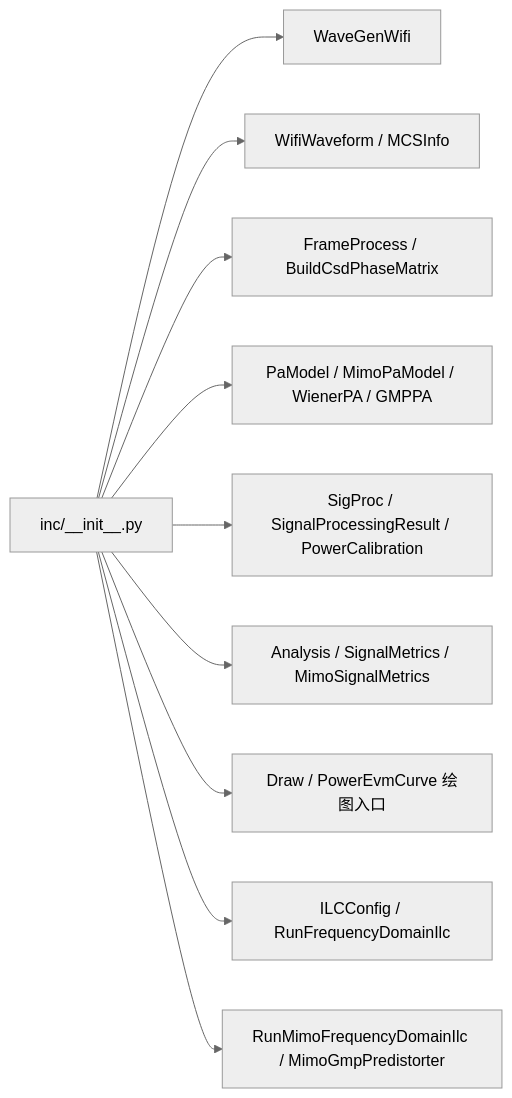
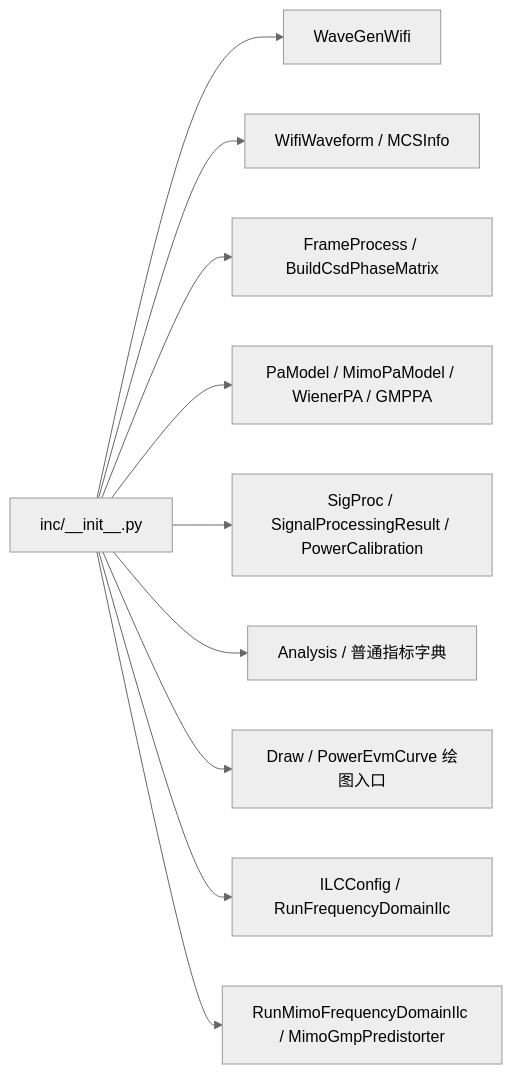
Diagram 12 of 12 in README.md (niyilu45/DPD_ILC), drawn with Mermaid (neutral theme) before and after one commit. The commit also changed other lines of this file and 8 other files, not shown here.

Commit message:
Return analysis metrics as dictionaries

````diff
--- a/README.md
+++ b/README.md
@@ -504,12 +504,12 @@
 ```mermaid
 flowchart LR
     init["inc/__init__.py"] --> waveApi["WaveGenWifi"]
     init --> metadataApi["WifiWaveform / MCSInfo"]
     init --> frameApi["FrameProcess / BuildCsdPhaseMatrix"]
     init --> paApi["PaModel / MimoPaModel / WienerPA / GMPPA"]
     init --> signalApi["SigProc / SignalProcessingResult / PowerCalibration"]
-    init --> analysisApi["Analysis / SignalMetrics / MimoSignalMetrics"]
+    init --> analysisApi["Analysis / 普通指标字典"]
     init --> drawApi["Draw / PowerEvmCurve 绘图入口"]
     init --> ilcApi["ILCConfig / RunFrequencyDomainIlc"]
     init --> mimoIlcApi["RunMimoFrequencyDomainIlc / MimoGmpPredistorter"]
 ```
````
